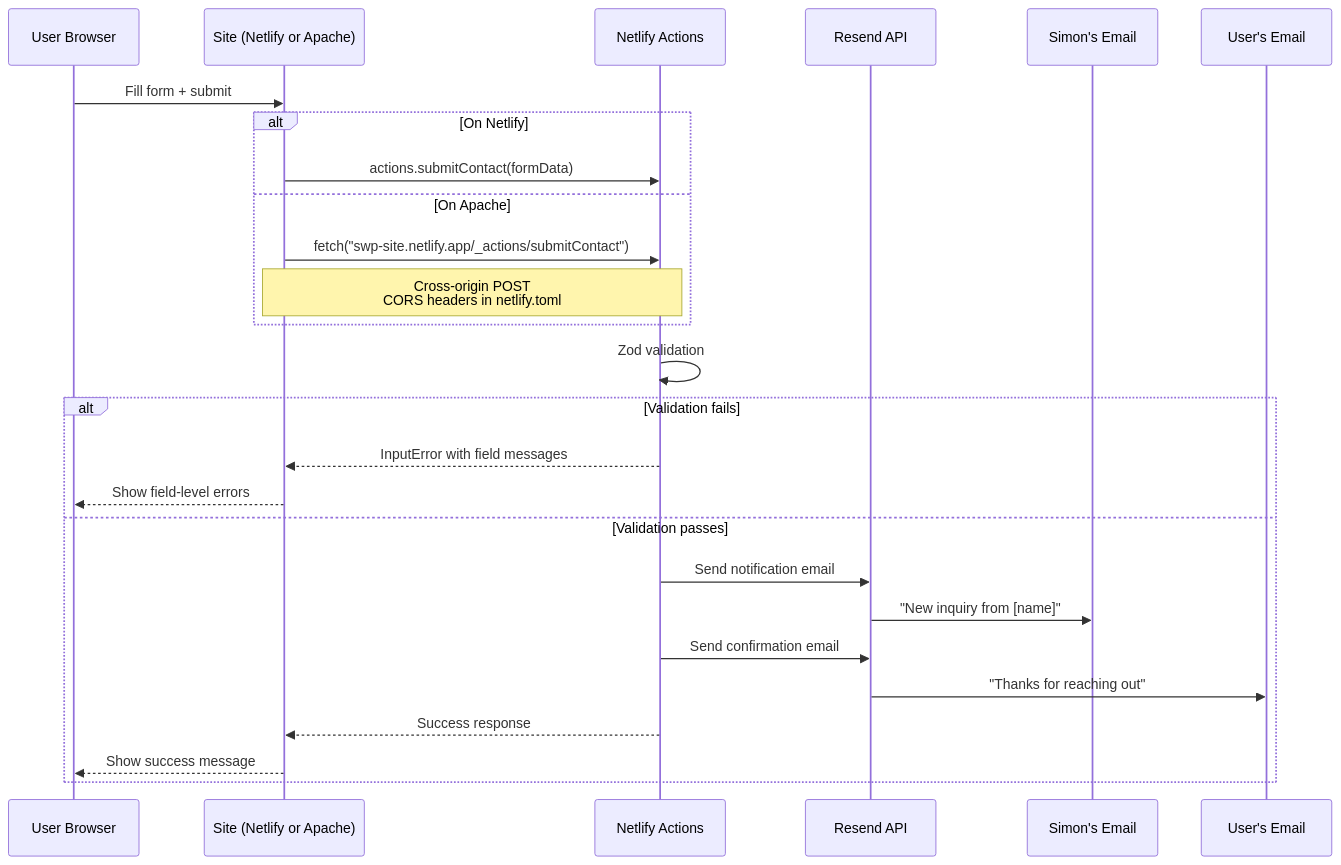
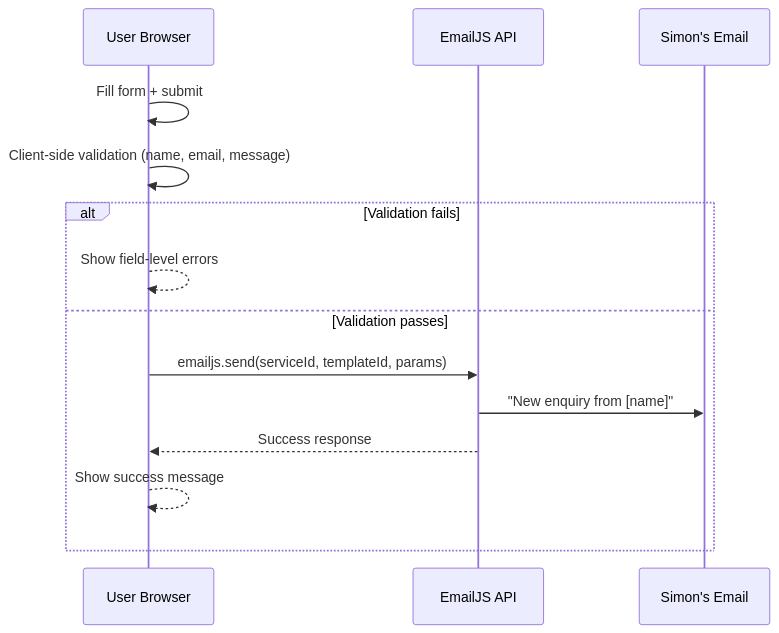
Before and after one commit to simonwickes/swp-site: the sixth of 8 diagrams in docs/ARCHITECTURE.md, drawn with Mermaid. The commit also changed other lines of this file and 19 other files, not shown here.

````diff
--- a/docs/ARCHITECTURE.md
+++ b/docs/ARCHITECTURE.md
@@ -300,31 +242,18 @@
 ```mermaid
 sequenceDiagram
     participant U as User Browser
-    participant S as Site (Netlify or Apache)
-    participant N as Netlify Actions
-    participant R as Resend API
-    participant SI as Simon's Email
-    participant UE as User's Email
+    participant E as EmailJS API
+    participant S as Simon's Email
 
-    U->>S: Fill form + submit
+    U->>U: Fill form + submit
+    U->>U: Client-side validation (name, email, message)
 
-    alt On Netlify
-        S->>N: actions.submitContact(formData)
-    else On Apache
-        S->>N: fetch("swp-site.netlify.app/_actions/submitContact")
-        Note over S,N: Cross-origin POST<br/>CORS headers in netlify.toml
-    end
-
-    N->>N: Zod validation
     alt Validation fails
-        N-->>S: InputError with field messages
-        S-->>U: Show field-level errors
+        U-->>U: Show field-level errors
     else Validation passes
-        N->>R: Send notification email
-        R->>SI: "New inquiry from [name]"
-        N->>R: Send confirmation email
-        R->>UE: "Thanks for reaching out"
-        N-->>S: Success response
-        S-->>U: Show success message
+        U->>E: emailjs.send(serviceId, templateId, params)
+        E->>S: "New enquiry from [name]"
+        E-->>U: Success response
+        U-->>U: Show success message
     end
 ```
````
